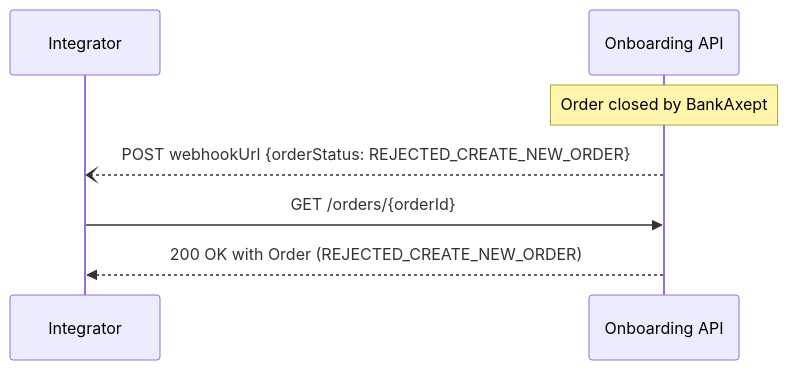
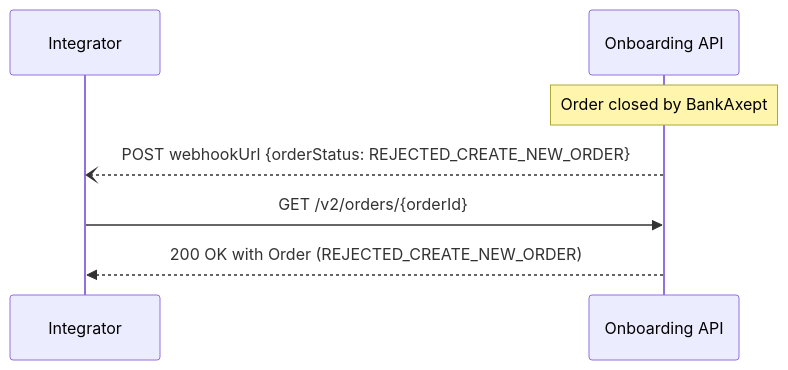
Before and after one commit to BankAxept/bankaxept-onboarding-external-documentation: the ninth of 9 diagrams in docs/prod_flows.md, drawn with Mermaid. The commit also changed other lines of this file and 7 other files, not shown here.

````diff
--- a/docs/prod_flows.md
+++ b/docs/prod_flows.md
@@ -231,10 +231,10 @@
     ```mermaid
     sequenceDiagram
     participant I as Integrator
     participant O as Onboarding API
 
     note over O: Order closed by BankAxept
     O --) I: POST webhookUrl {orderStatus: REJECTED_CREATE_NEW_ORDER}
-    I ->> O : GET /orders/{orderId}
+    I ->> O : GET /v2/orders/{orderId}
     O -->> I: 200 OK with Order (REJECTED_CREATE_NEW_ORDER)
     ```
````
